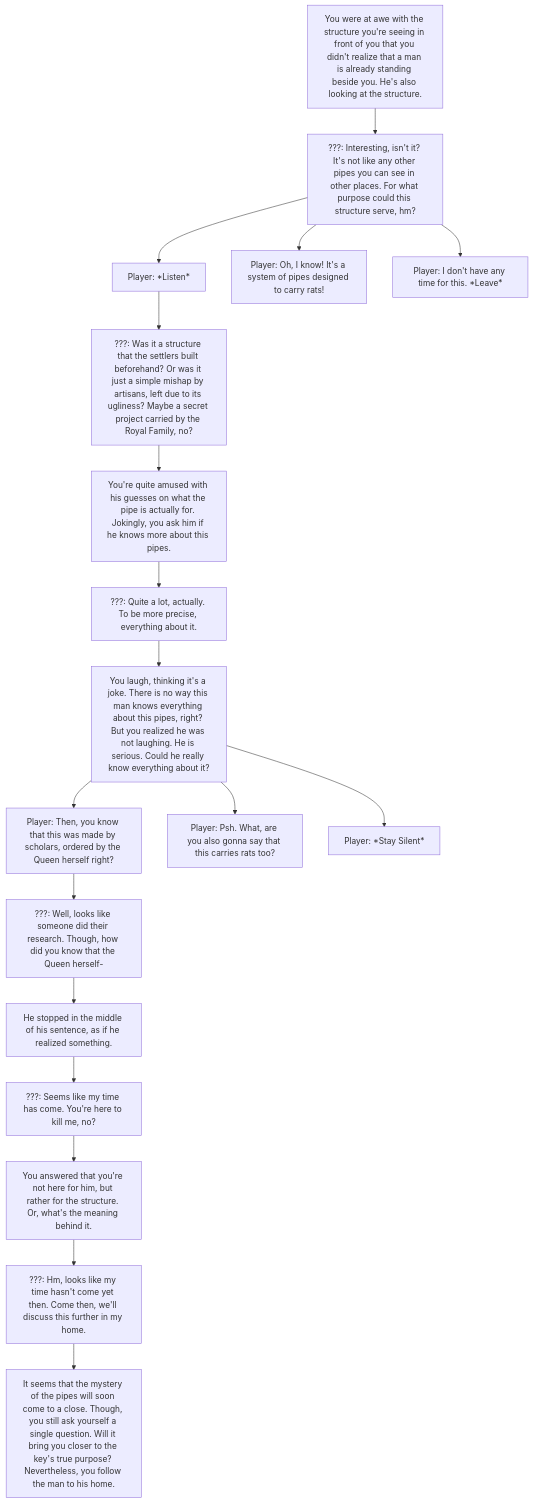
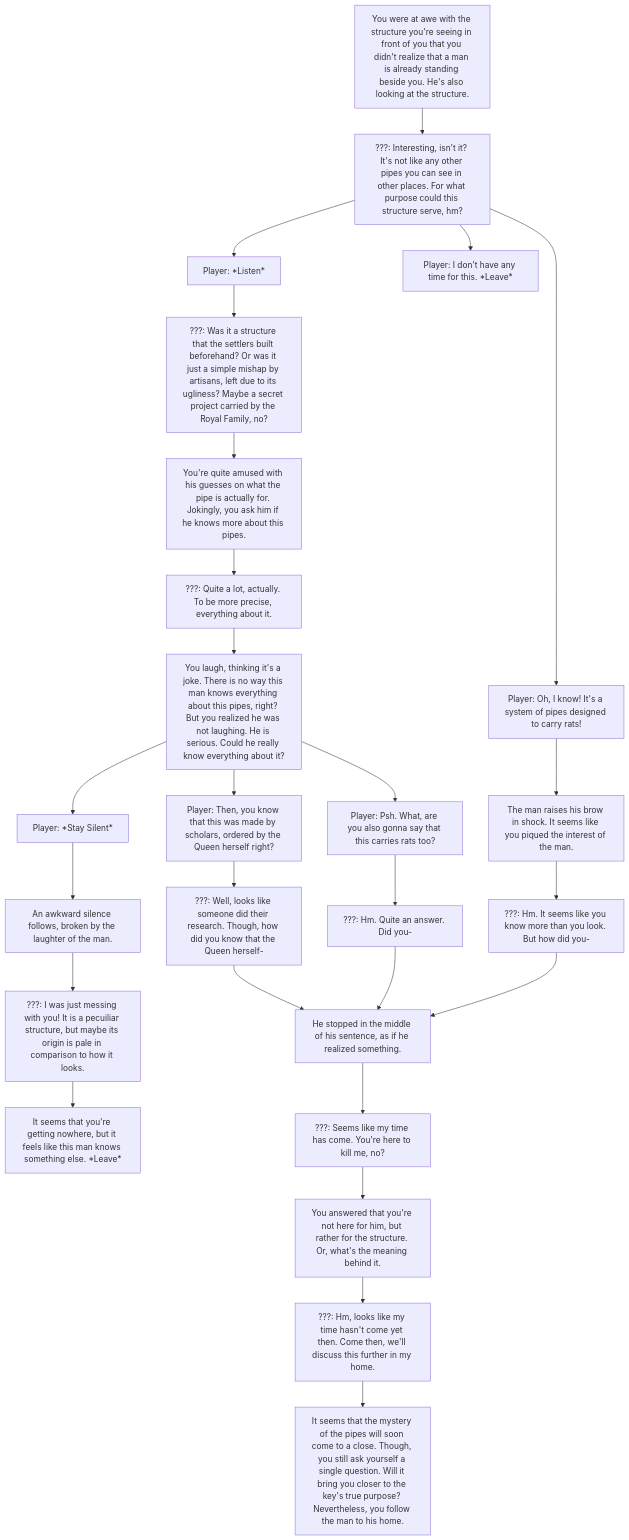
Before and after one commit to padillaryl/cc3-rpg-DialogueTree: the diagram in Q7-Scientist.md, drawn with Mermaid.

````diff
--- a/Q7-Scientist.md
+++ b/Q7-Scientist.md
@@ -1,25 +1,36 @@
 ```mermaid
 flowchart TD
   A[You were at awe with the structure you're seeing in front of you that you didn't realize that a man is already standing beside you. He's also looking at the structure.]
   A --> B[???: Interesting, isn't it? It's not like any other pipes you can see in other places. For what purpose could this structure serve, hm?]
   B --> C[Player: *Listen*]
   B --> D[Player: Oh, I know! It's a system of pipes designed to carry rats!]
   B --> E[Player: I don't have any time for this. *Leave*]
+
+  D --> S[The man raises his brow in shock. It seems like you piqued the interest of the man.]
+  S --> T[???: Hm. It seems like you know more than you look. But how did you-]
+  T --> N
 
   C --> F[???: Was it a structure that the settlers built beforehand? Or was it just a simple mishap by artisans, left due to its ugliness? Maybe a secret project carried by the Royal Family, no?]
   F --> G[You're quite amused with his guesses on what the pipe is actually for. Jokingly, you ask him if he knows more about this pipes.]
   G --> H[???: Quite a lot, actually. To be more precise, everything about it.]
   H --> I[You laugh, thinking it's a joke. There is no way this man knows everything about this pipes, right? But you realized he was not laughing. He is serious. Could he really know everything about it?]
 
   I --> J[Player: Then, you know that this was made by scholars, ordered by the Queen herself right?]
   I --> K[Player: Psh. What, are you also gonna say that this carries rats too?]
   I --> L[Player: *Stay Silent*]
 
+  K --> U[???: Hm. Quite an answer. Did you-]
+  U --> N
+
+  L --> V[An awkward silence follows, broken by the laughter of the man.]
+  V --> W[???: I was just messing with you! It is a pecuiliar structure, but maybe its origin is pale in comparison to how it looks.]
+  W --> X[It seems that you're getting nowhere, but it feels like this man knows something else. *Leave*]
+
   J --> M[???: Well, looks like someone did their research. Though, how did you know that the Queen herself-]
   M --> N[He stopped in the middle of his sentence, as if he realized something.]
   N --> O[???: Seems like my time has come. You're here to kill me, no?]
   O --> P[You answered that you're not here for him, but rather for the structure. Or, what's the meaning behind it.]
   P --> Q[???: Hm, looks like my time hasn't come yet then. Come then, we'll discuss this further in my home.]
   Q --> R[It seems that the mystery of the pipes will soon come to a close. Though, you still ask yourself a single question. Will it bring you closer to the key's true purpose? Nevertheless, you follow the man to his home.]
 
 ```
````
